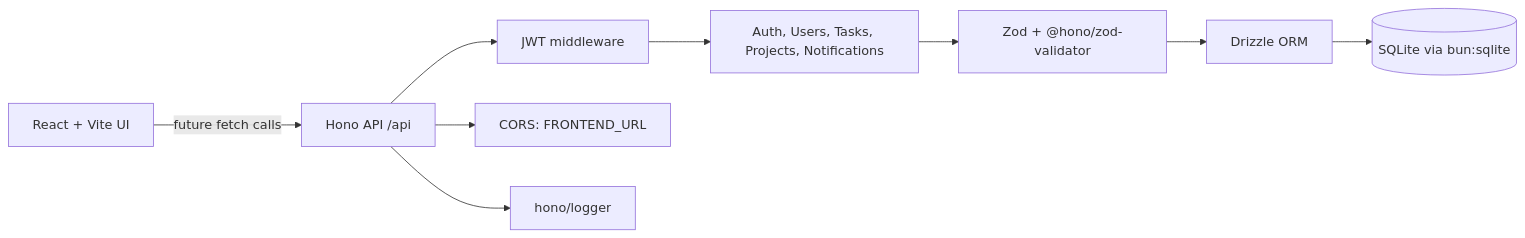
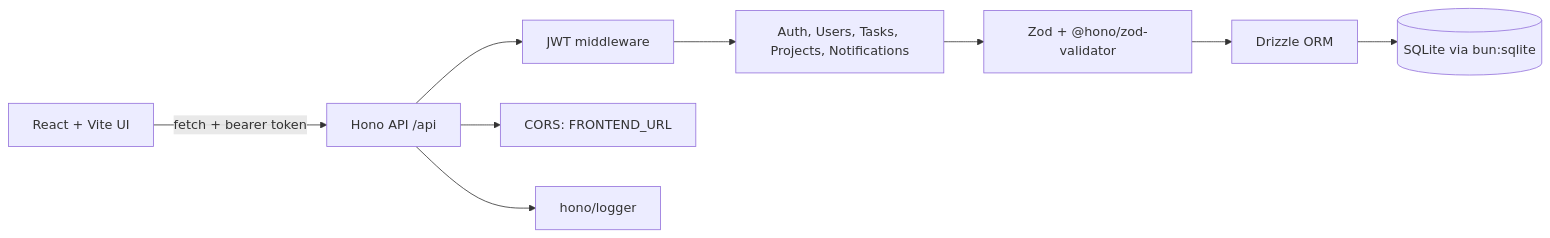
Before and after one commit to pankaj-raikar/taskflow: the diagram in README.md, drawn with Mermaid. The commit also changed other lines of this file and 11 other files, not shown here.

````diff
--- a/README.md
+++ b/README.md
@@ -29,12 +29,12 @@
 ```mermaid
 flowchart LR
-  Browser["React + Vite UI"] -->|future fetch calls| API["Hono API /api"]
+  Browser["React + Vite UI"] -->|fetch + bearer token| API["Hono API /api"]
   API --> Auth["JWT middleware"]
   Auth --> Routes["Auth, Users, Tasks, Projects, Notifications"]
   Routes --> Validators["Zod + @hono/zod-validator"]
   Validators --> ORM["Drizzle ORM"]
   ORM --> SQLite[("SQLite via bun:sqlite")]
 
   API --> CORS["CORS: FRONTEND_URL"]
   API --> Logger["hono/logger"]
 ```
````
